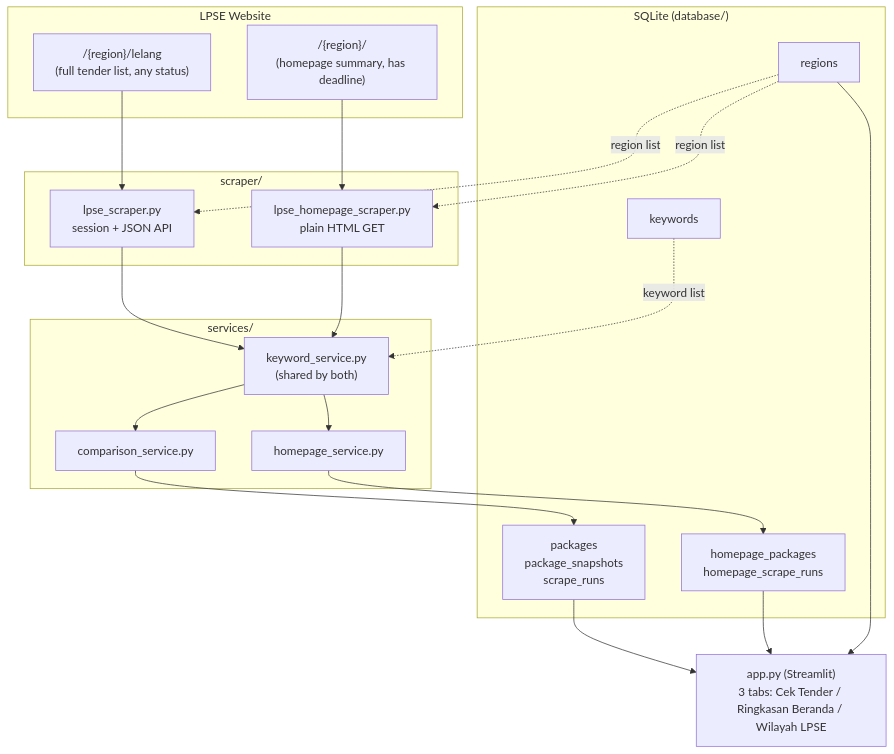
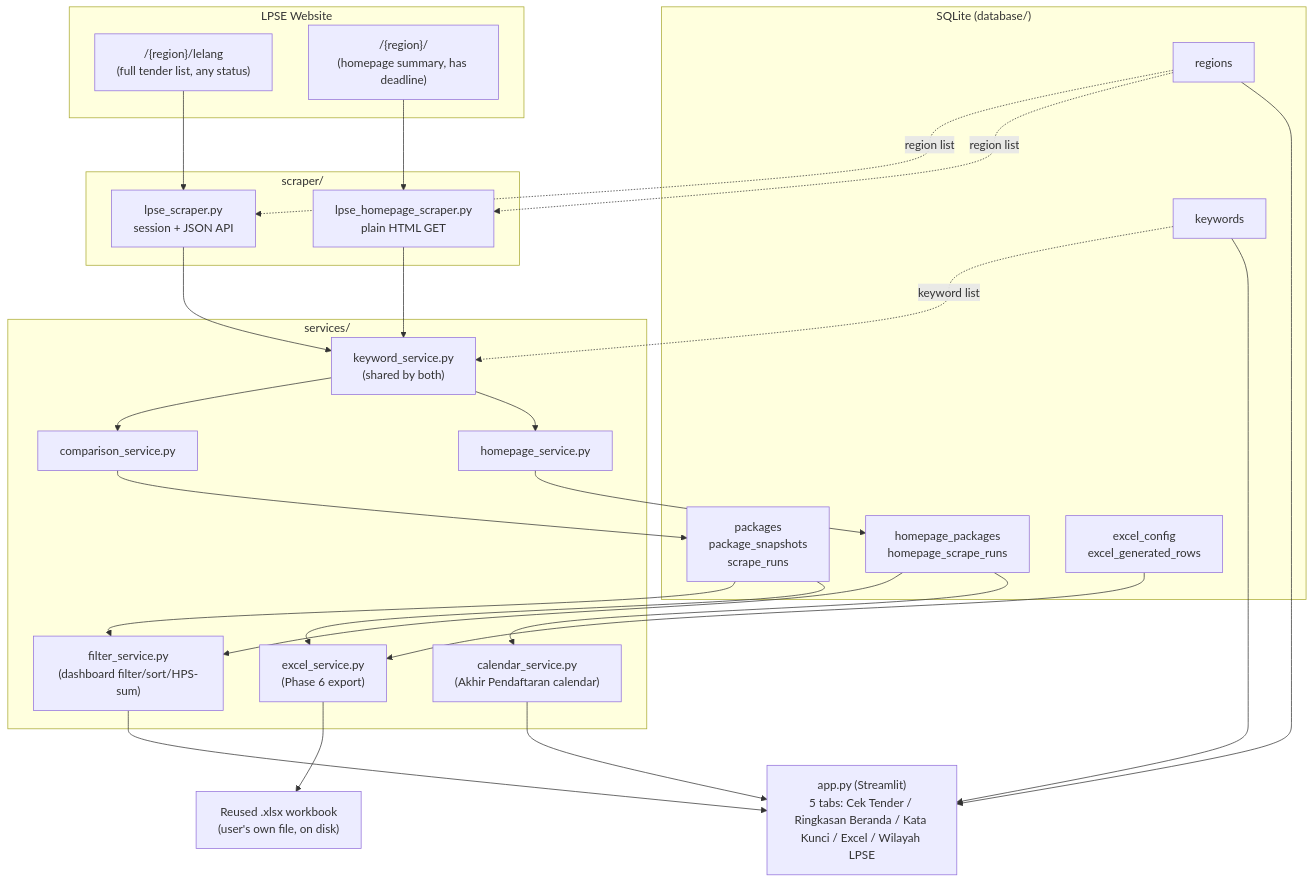
The diagram in PROJECT_STATUS.md (NikiNici123/kalla-aspal), drawn with Mermaid before and after one commit. The commit also changed other lines of this file and 17 other files, not shown here.

````diff
--- a/PROJECT_STATUS.md
+++ b/PROJECT_STATUS.md
@@ -27,36 +27,45 @@
 ```mermaid
 flowchart TB
     subgraph Sumber["LPSE Website"]
         A["/{region}/lelang<br/>(full tender list, any status)"]
         B["/{region}/<br/>(homepage summary, has deadline)"]
     end
 
     subgraph Scraper["scraper/"]
         SA["lpse_scraper.py<br/>session + JSON API"]
         SB["lpse_homepage_scraper.py<br/>plain HTML GET"]
     end
 
     subgraph Services["services/"]
         KW["keyword_service.py<br/>(shared by both)"]
         CA["comparison_service.py"]
         CB["homepage_service.py"]
+        FS["filter_service.py<br/>(dashboard filter/sort/HPS-sum)"]
+        CS["calendar_service.py<br/>(Akhir Pendaftaran calendar)"]
+        ES["excel_service.py<br/>(Phase 6 export)"]
     end
 
     subgraph DB["SQLite (database/)"]
         TA["packages<br/>package_snapshots<br/>scrape_runs"]
         TB["homepage_packages<br/>homepage_scrape_runs"]
         TC["regions"]
         TD["keywords"]
+        TE["excel_config<br/>excel_generated_rows"]
     end
 
-    UI["app.py (Streamlit)<br/>3 tabs: Cek Tender / Ringkasan Beranda / Wilayah LPSE"]
+    UI["app.py (Streamlit)<br/>5 tabs: Cek Tender / Ringkasan Beranda / Kata Kunci / Excel / Wilayah LPSE"]
+    XL["Reused .xlsx workbook<br/>(user's own file, on disk)"]
 
     A --> SA --> KW --> CA --> TA
     B --> SB --> KW --> CB --> TB
     TC -.region list.-> SA
     TC -.region list.-> SB
     TD -.keyword list.-> KW
-    TA --> UI
-    TB --> UI
+    TA --> FS --> UI
+    TB --> FS
+    TB --> CS --> UI
+    TA --> ES
+    TE --> ES --> XL
     TC --> UI
+    TD --> UI
 ```
````
